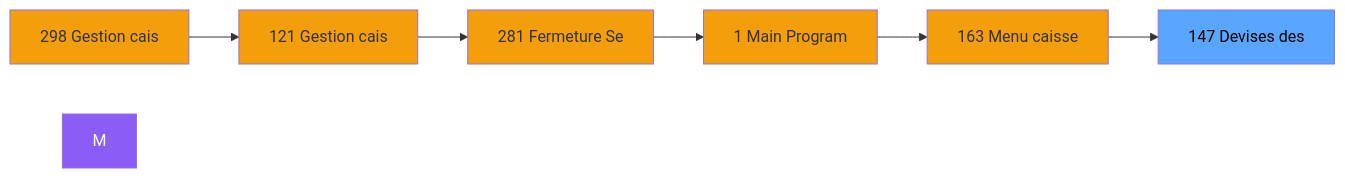
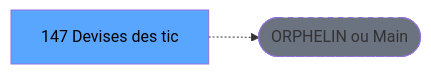
One commit to thonyAGP/lecteur-magic changed the second of 3 diagrams in .openspec/specs/ADH-IDE-147.md. Above: the diagram before and after it, drawn with Mermaid. The commit also changed other lines of this file and 701 other files, not shown here.

````diff
--- a/.openspec/specs/ADH-IDE-147.md
+++ b/.openspec/specs/ADH-IDE-147.md
@@ -115,21 +121,8 @@
 ```mermaid
 graph LR
-    N298[298 Gestion cais]
-    N121[121 Gestion cais]
-    N281[281 Fermeture Se]
-    N1[1 Main Program]
-    N163[163 Menu caisse ]
-    T[147 Devises des ]
-    N298 --> N121
-    N121 --> N281
-    N281 --> N1
-    N1 --> N163
-    N163 --> T
-    style M fill:#8b5cf6,color:#fff
-    style N298 fill:#f59e0b
-    style N121 fill:#f59e0b
-    style N281 fill:#f59e0b
-    style N1 fill:#f59e0b
-    style N163 fill:#f59e0b
+    T[147 Devises des tic]
+    ORPHAN([ORPHELIN ou Main])
+    T -.-> ORPHAN
     style T fill:#58a6ff,color:#000
+    style ORPHAN fill:#6b7280,stroke-dasharray: 5 5
 ```
````
